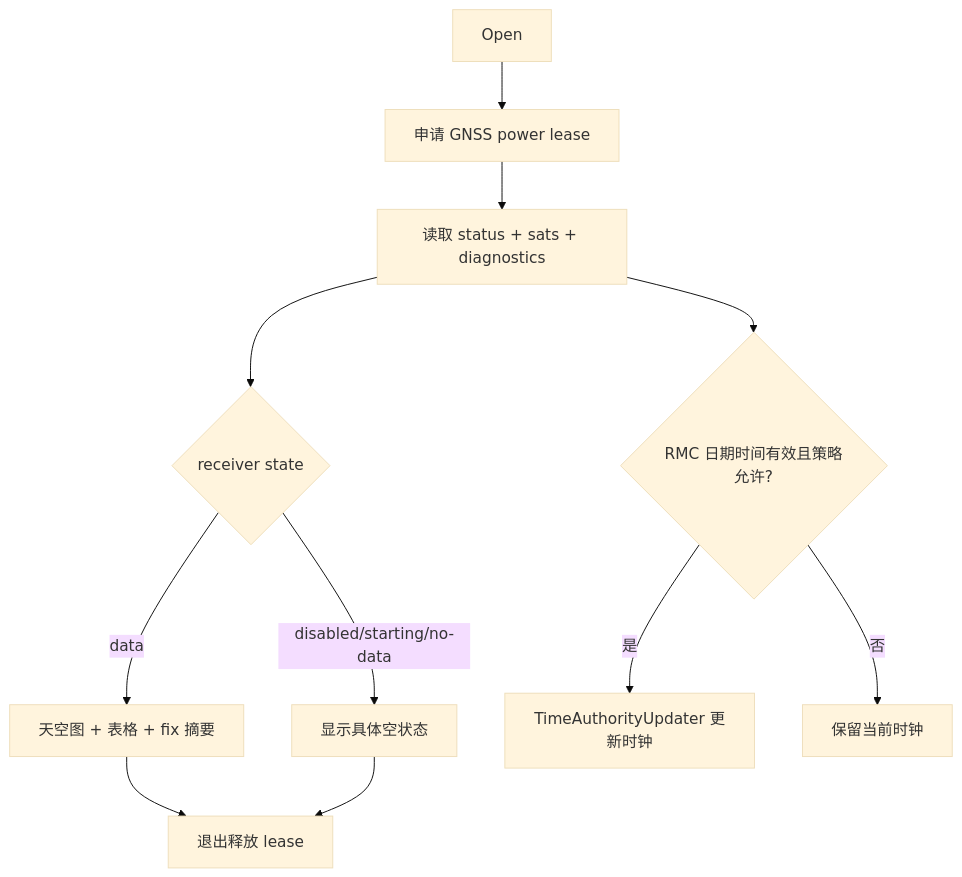
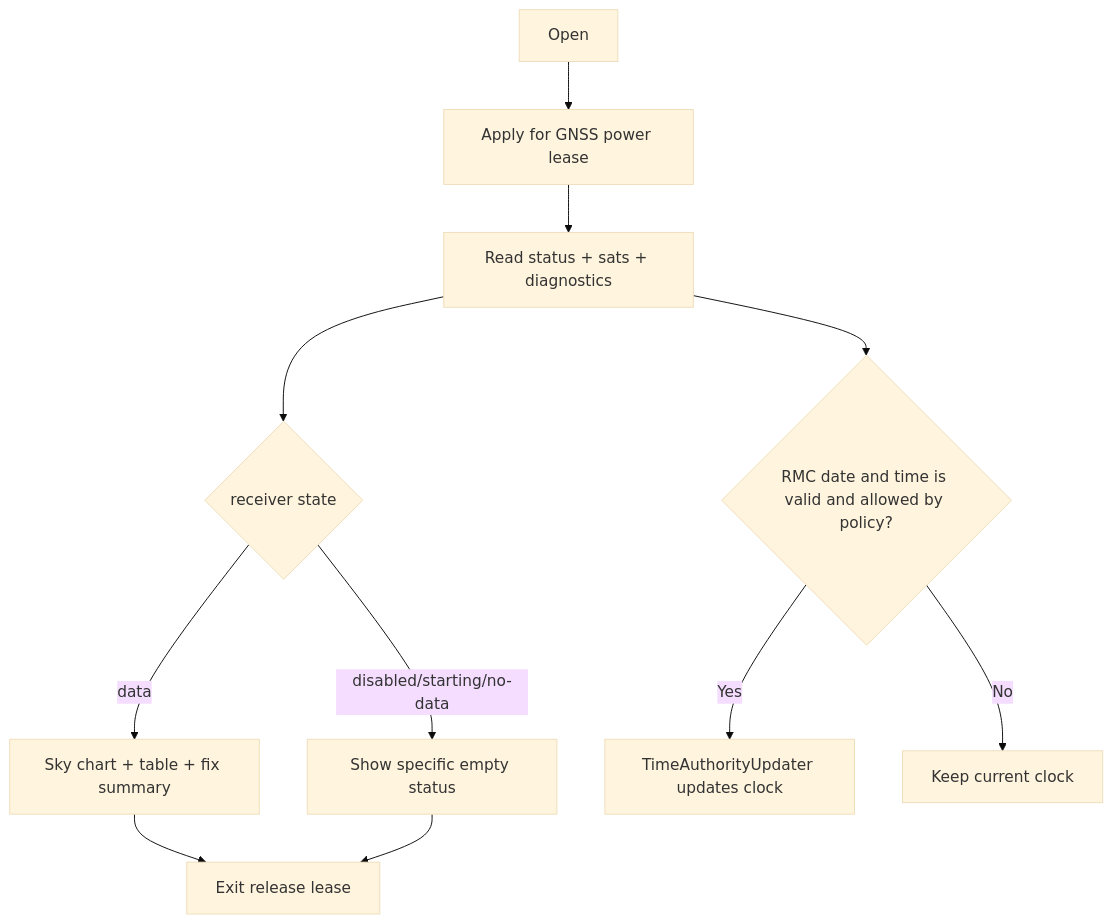
The diagram in docs/design/use-case-diagrams/inspect-gnss-health/activity.md (manmuqingshan/trail-mate), drawn with Mermaid (base theme) before and after one commit. The commit also changed other lines of this file and 527 other files, not shown here.

````diff
--- a/docs/design/use-case-diagrams/inspect-gnss-health/activity.md
+++ b/docs/design/use-case-diagrams/inspect-gnss-health/activity.md
@@ -2,13 +2,13 @@
 ```mermaid
 flowchart TD
-  Open --> Lease["申请 GNSS power lease"]
-  Lease --> Snapshot["读取 status + sats + diagnostics"]
+ Open --> Lease["Apply for GNSS power lease"]
+ Lease --> Snapshot["Read status + sats + diagnostics"]
   Snapshot --> State{"receiver state"}
-  State -- disabled/starting/no-data --> Explain["显示具体空状态"]
-  State -- data --> Sky["天空图 + 表格 + fix 摘要"]
-  Snapshot --> RMC{"RMC 日期时间有效且策略允许?"}
-  RMC -- 是 --> Time["TimeAuthorityUpdater 更新时钟"]
-  RMC -- 否 --> Keep["保留当前时钟"]
-  Sky --> Release["退出释放 lease"]
+ State -- disabled/starting/no-data --> Explain["Show specific empty status"]
+ State -- data --> Sky["Sky chart + table + fix summary"]
+ Snapshot --> RMC{"RMC date and time is valid and allowed by policy?"}
+ RMC -- Yes --> Time["TimeAuthorityUpdater updates clock"]
+ RMC -- No --> Keep["Keep current clock"]
+ Sky --> Release["Exit release lease"]
   Explain --> Release
 ```
````
